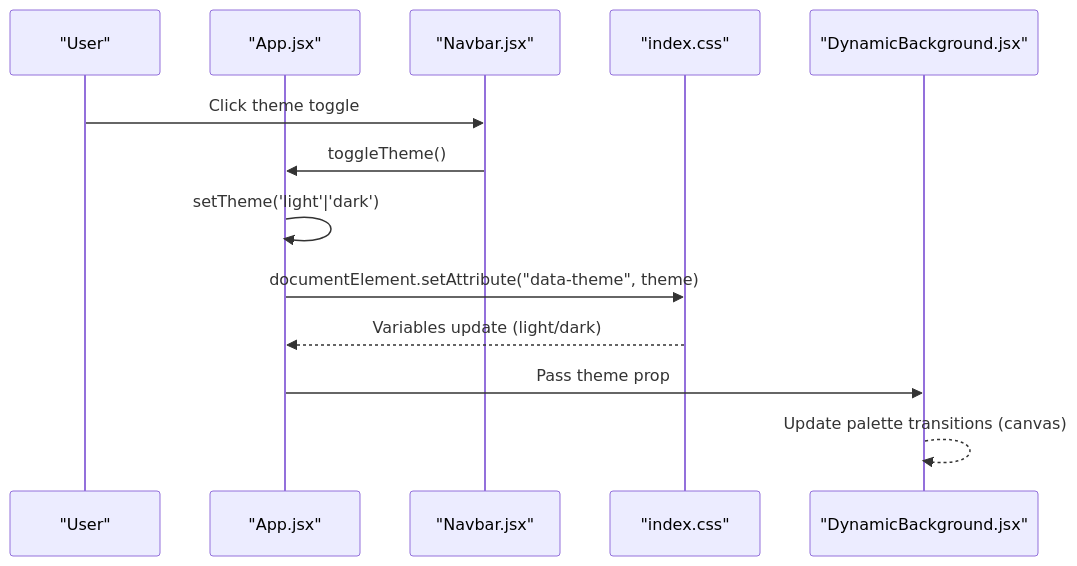
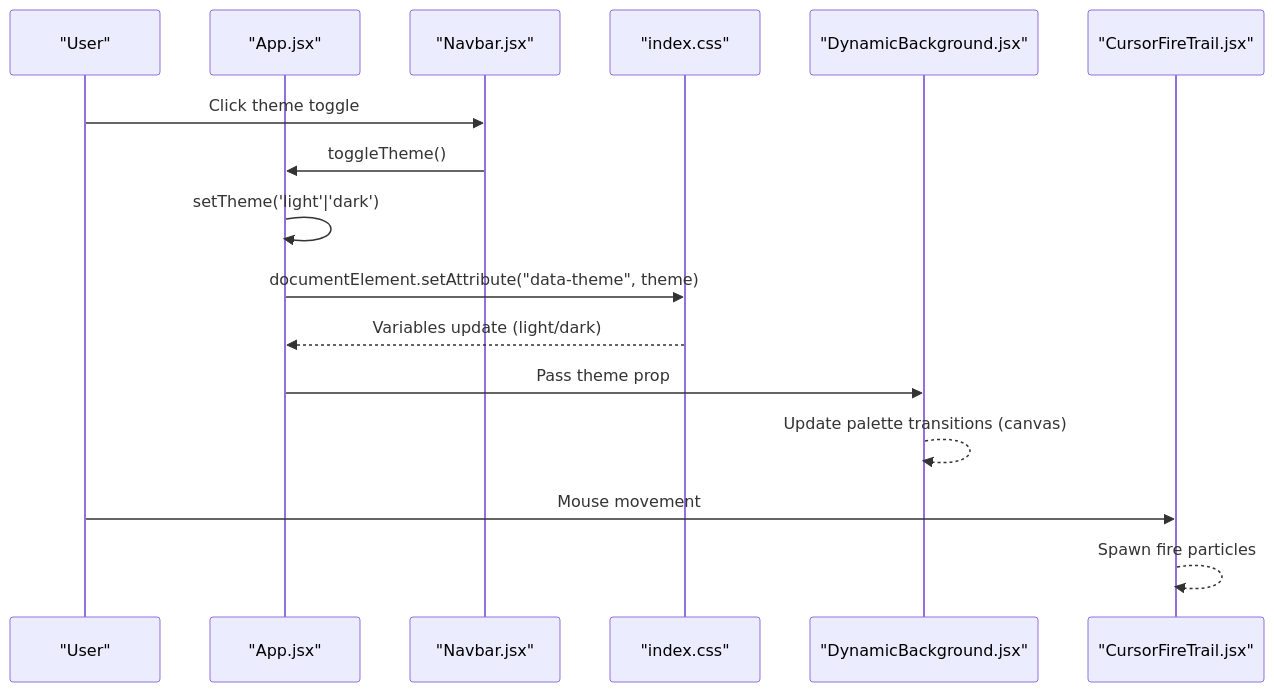
The second of 3 diagrams in .qoder/repowiki/en/content/Styling & Theming.md (Gokulnath33/portfolio), drawn with Mermaid before and after one commit. The commit also changed other lines of this file and 29 other files, not shown here.

````diff
--- a/.qoder/repowiki/en/content/Styling & Theming.md
+++ b/.qoder/repowiki/en/content/Styling & Theming.md
@@ -90,15 +104,18 @@
 ```mermaid
 sequenceDiagram
 participant User as "User"
 participant App as "App.jsx"
 participant Nav as "Navbar.jsx"
 participant CSS as "index.css"
 participant BG as "DynamicBackground.jsx"
+participant Cursor as "CursorFireTrail.jsx"
 User->>Nav : Click theme toggle
 Nav->>App : toggleTheme()
 App->>App : setTheme('light'|'dark')
 App->>CSS : documentElement.setAttribute("data-theme", theme)
 CSS-->>App : Variables update (light/dark)
 App->>BG : Pass theme prop
 BG-->>BG : Update palette transitions (canvas)
+User->>Cursor : Mouse movement
+Cursor-->>Cursor : Spawn fire particles
 ```
````
